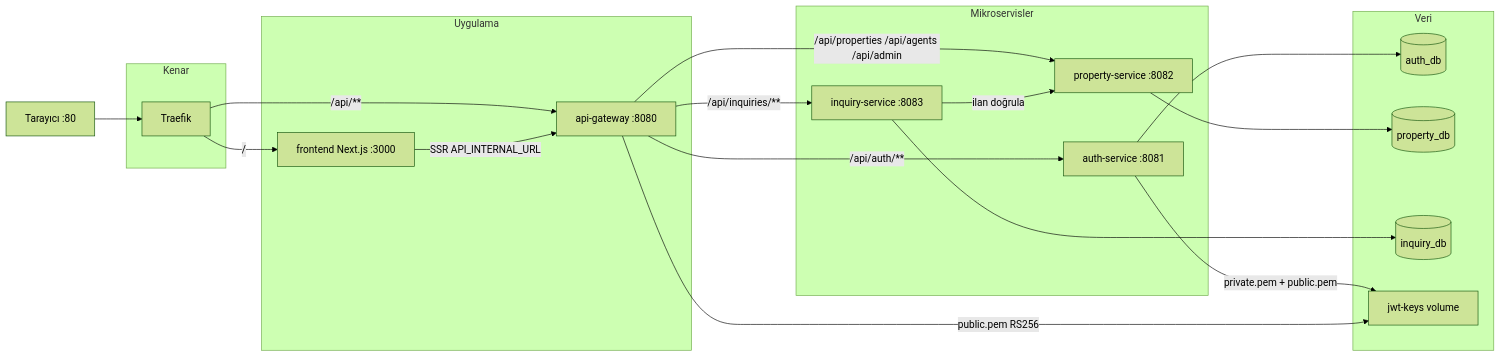
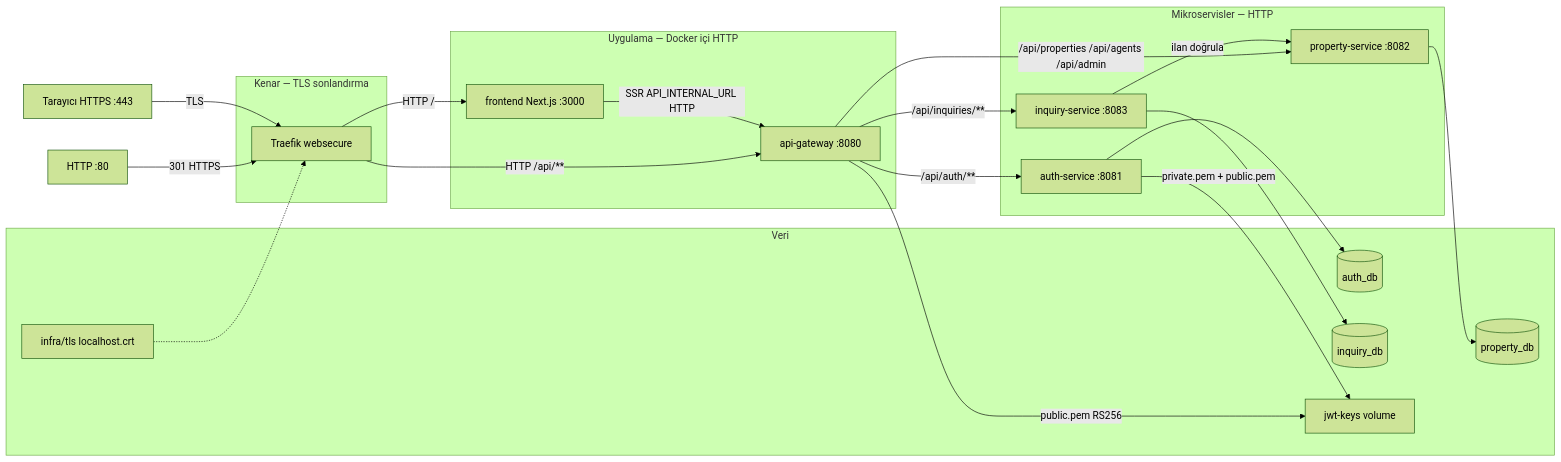
The diagram in docs/diagrams/architecture.mmd (mrfatihgul/Avelrune), drawn with Mermaid (forest theme) before and after one commit. The commit also changed 15 other files, not shown here.

```diff
--- a/docs/diagrams/architecture.mmd
+++ b/docs/diagrams/architecture.mmd
@@ -1,41 +1,45 @@
 flowchart LR
-  browser[Tarayıcı :80]
+  browser["Tarayıcı HTTPS :443"]
+  httpIn["HTTP :80"]
 
-  subgraph edge [Kenar]
-    traefik[Traefik]
+  subgraph edge [Kenar — TLS sonlandırma]
+    traefik["Traefik websecure"]
   end
 
-  subgraph apps [Uygulama]
+  subgraph apps [Uygulama — Docker içi HTTP]
     frontend["frontend Next.js :3000"]
     gateway["api-gateway :8080"]
   end
 
-  subgraph services [Mikroservisler]
+  subgraph services [Mikroservisler — HTTP]
     auth["auth-service :8081"]
     property["property-service :8082"]
     inquiry["inquiry-service :8083"]
   end
 
   subgraph data [Veri]
     authDb[(auth_db)]
     propertyDb[(property_db)]
     inquiryDb[(inquiry_db)]
     keys[jwt-keys volume]
+    certs["infra/tls localhost.crt"]
   end
 
-  browser --> traefik
-  traefik -->|"/"| frontend
-  traefik -->|"/api/**"| gateway
+  httpIn -->|"301 HTTPS"| traefik
+  browser -->|"TLS"| traefik
+  certs -.-> traefik
+  traefik -->|"HTTP /"| frontend
+  traefik -->|"HTTP /api/**"| gateway
 
-  frontend -->|"SSR API_INTERNAL_URL"| gateway
+  frontend -->|"SSR API_INTERNAL_URL HTTP"| gateway
 
   gateway -->|"/api/auth/**"| auth
   gateway -->|"/api/properties /api/agents /api/admin"| property
   gateway -->|"/api/inquiries/**"| inquiry
 
   auth --> authDb
   auth -->|"private.pem + public.pem"| keys
   property --> propertyDb
   inquiry --> inquiryDb
   inquiry -->|"ilan doğrula"| property
   gateway -->|"public.pem RS256"| keys
```
